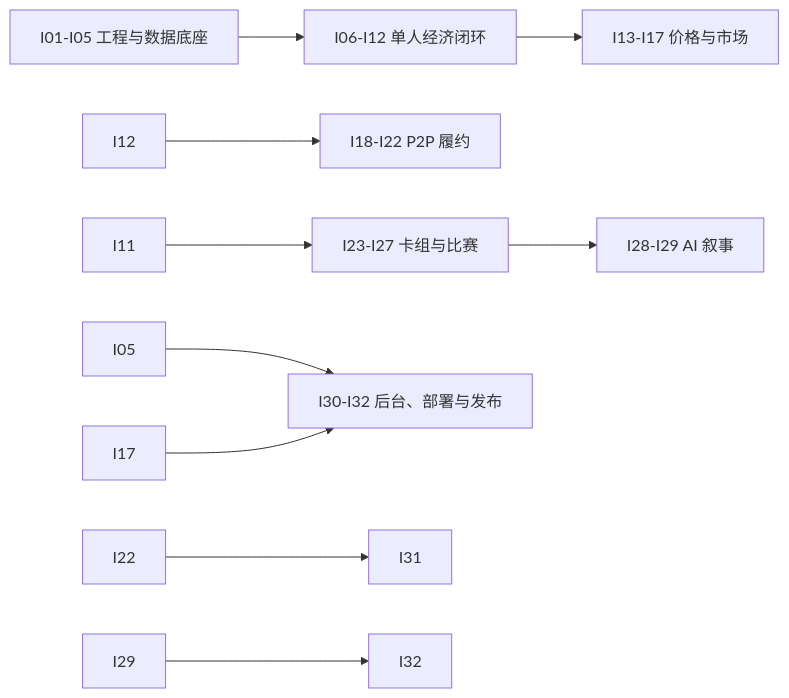
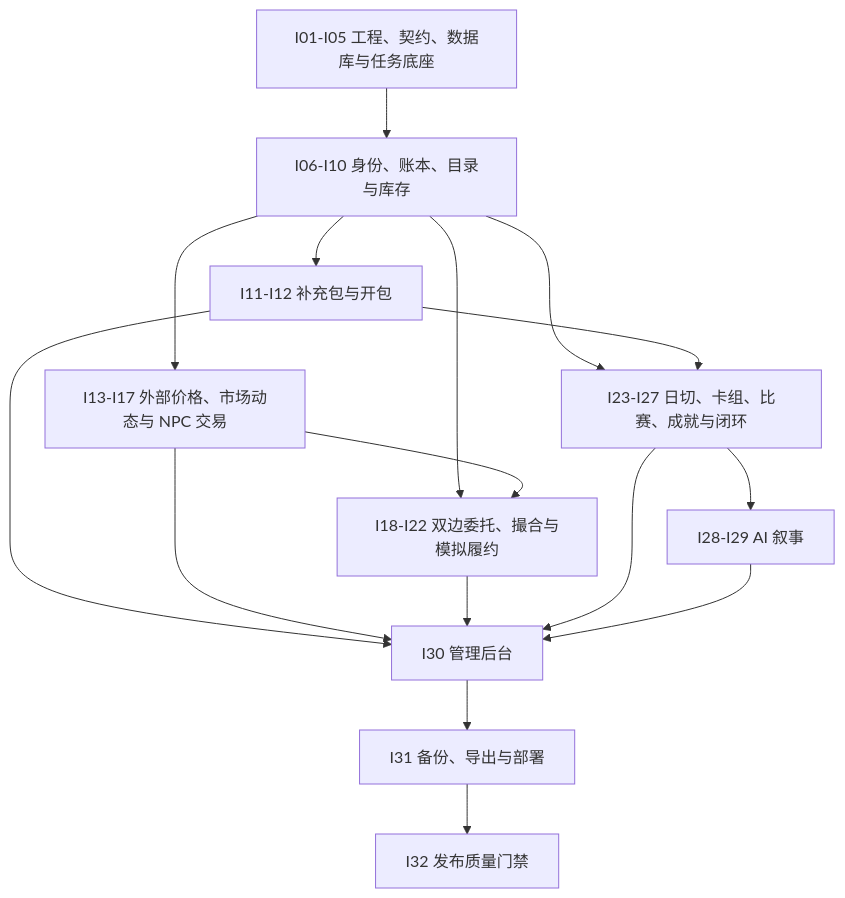
Before and after one commit to Xu-Morgen/mtgMarketSimulater: the diagram in 完整项目迭代实施计划与检查清单.md, drawn with Mermaid. The commit also changed other lines of this file and 13 other files, not shown here.

````diff
--- a/完整项目迭代实施计划与检查清单.md
+++ b/完整项目迭代实施计划与检查清单.md
@@ -19,12 +20,18 @@
 ```mermaid
-flowchart LR
-  I01[I01-I05 工程与数据底座] --> I06[I06-I12 单人经济闭环]
-  I06 --> I13[I13-I17 价格与市场]
-  I12 --> I18[I18-I22 P2P 履约]
-  I11 --> I23[I23-I27 卡组与比赛]
-  I23 --> I28[I28-I29 AI 叙事]
-  I05 --> I30[I30-I32 后台、部署与发布]
-  I17 --> I30
-  I22 --> I31
-  I29 --> I32
+flowchart TD
+  A[I01-I05 工程、契约、数据库与任务底座] --> B[I06-I10 身份、账本、目录与库存]
+  B --> C[I11-I12 补充包与开包]
+  B --> D[I13-I17 外部价格、市场动态与 NPC 交易]
+  B --> E[I18-I22 双边委托、撮合与模拟履约]
+  D --> E
+  B --> F[I23-I27 日切、卡组、比赛、成就与闭环]
+  C --> F
+  F --> G[I28-I29 AI 叙事]
+  C --> H[I30 管理后台]
+  D --> H
+  E --> H
+  F --> H
+  G --> H
+  H --> I[I31 备份、导出与部署]
+  I --> J[I32 发布质量门禁]
 ```
````
